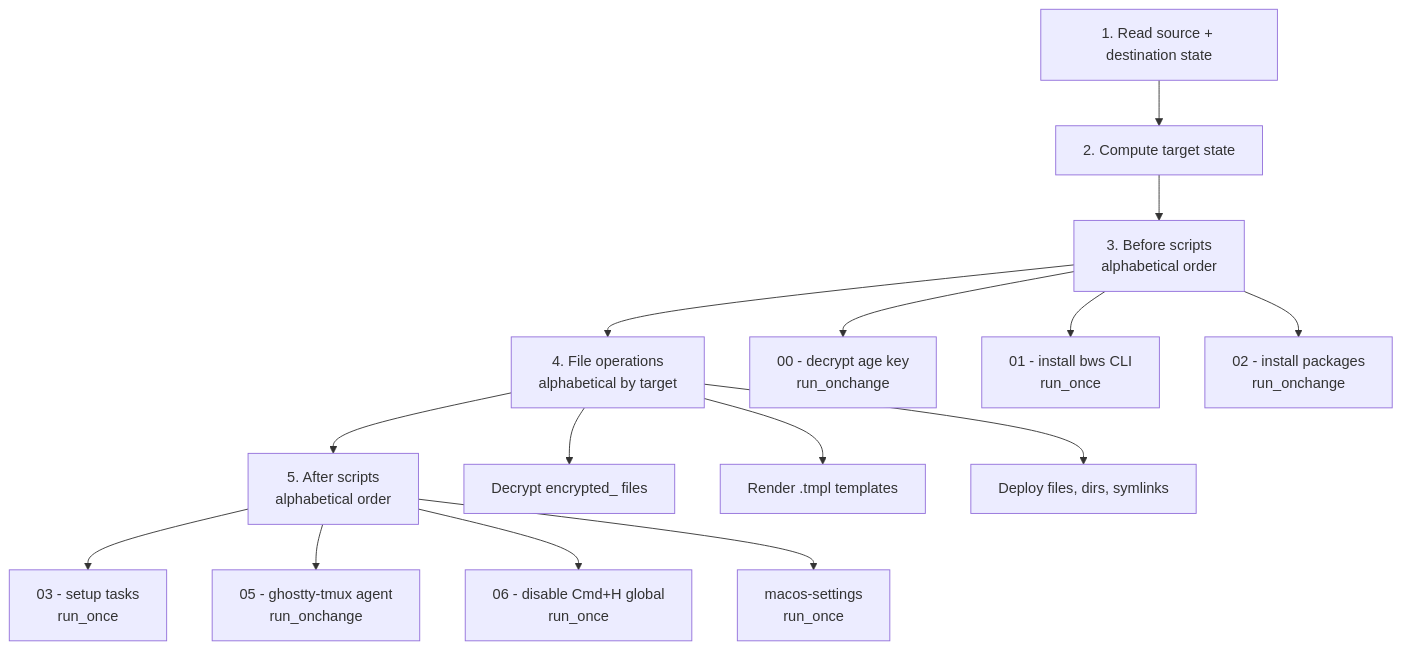
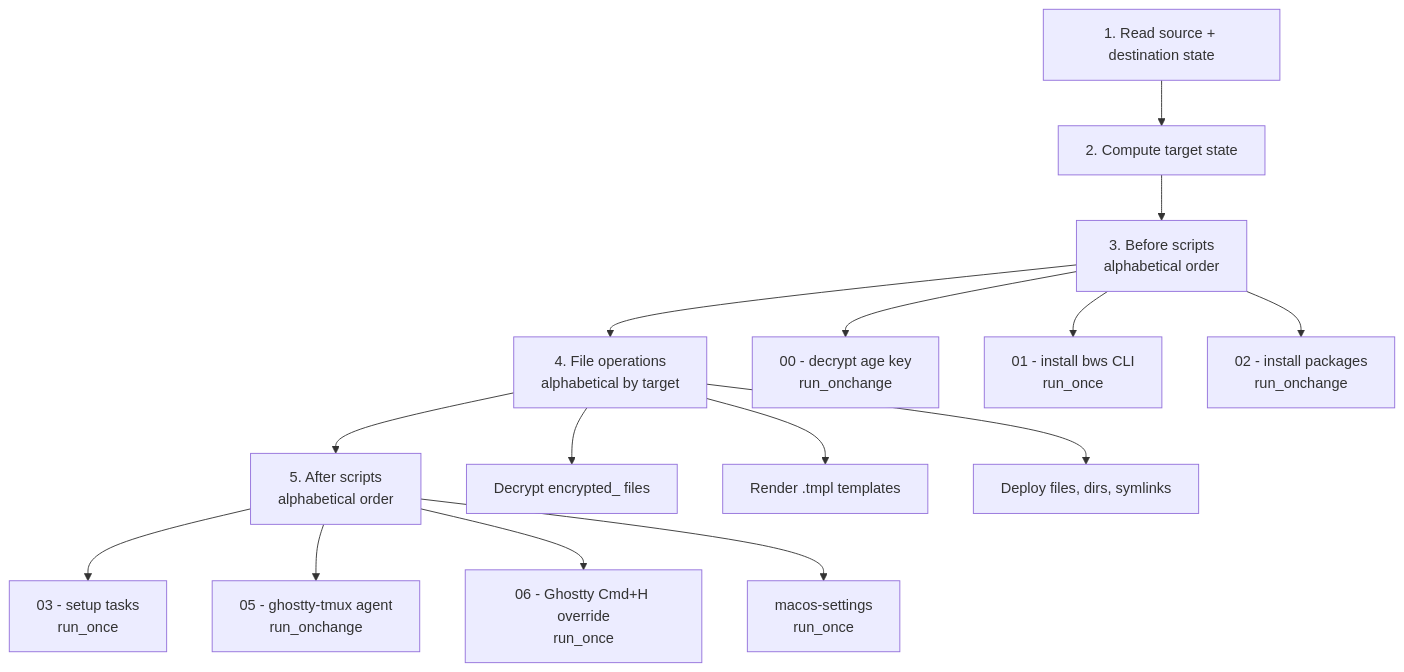
The diagram in docs/architecture/chezmoi-lifecycle.md (mbastakis/dotfiles), drawn with Mermaid before and after one commit. The commit also changed other lines of this file and 6 other files, not shown here.

````diff
--- a/docs/architecture/chezmoi-lifecycle.md
+++ b/docs/architecture/chezmoi-lifecycle.md
@@ -7,20 +7,20 @@
 ```mermaid
 flowchart TD
   A[1. Read source + destination state] --> B[2. Compute target state]
   B --> C[3. Before scripts<br/>alphabetical order]
   C --> D[4. File operations<br/>alphabetical by target]
   D --> E[5. After scripts<br/>alphabetical order]
 
   C --> C1[00 - decrypt age key<br/>run_onchange]
   C --> C2[01 - install bws CLI<br/>run_once]
   C --> C3[02 - install packages<br/>run_onchange]
 
   D --> D1[Decrypt encrypted_ files]
   D --> D2[Render .tmpl templates]
   D --> D3[Deploy files, dirs, symlinks]
 
   E --> E1[03 - setup tasks<br/>run_once]
   E --> E2[05 - ghostty-tmux agent<br/>run_onchange]
-  E --> E3[06 - disable Cmd+H global<br/>run_once]
+  E --> E3[06 - Ghostty Cmd+H override<br/>run_once]
   E --> E4[macos-settings<br/>run_once]
 ```
````
